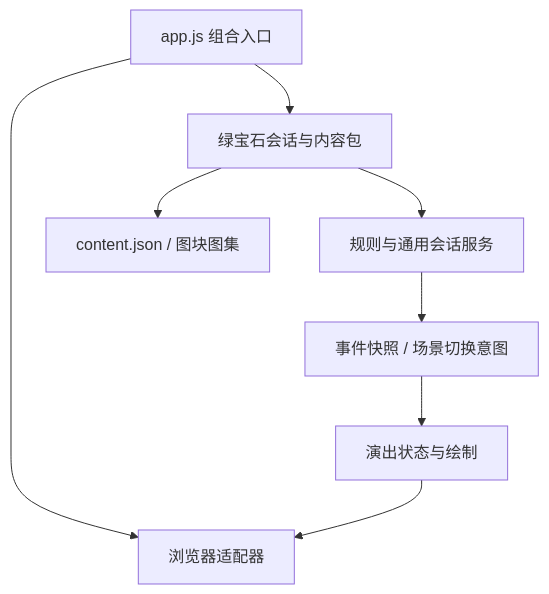
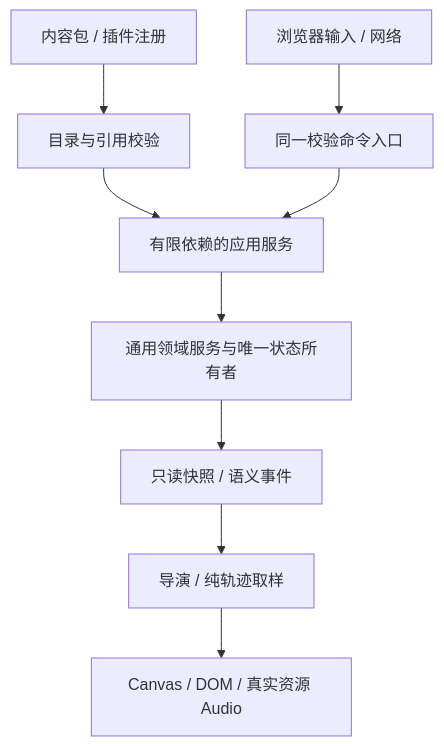
Before and after one commit to qiuwji/pokemon: the diagram in ARCHITECTURE.md, drawn with Mermaid. The commit also changed other lines of this file and 18 other files, not shown here.

````diff
--- a/ARCHITECTURE.md
+++ b/ARCHITECTURE.md
@@ -58,10 +45,11 @@
 ```mermaid
 flowchart TD
-  Entry[app.js 组合入口] --> Pack[绿宝石会话与内容包]
-  Entry --> Host[浏览器适配器]
-  Pack --> Engine[规则与通用会话服务]
-  Pack --> Content[content.json / 图块图集]
-  Engine --> Events[事件快照 / 场景切换意图]
-  Events --> Presentation[演出状态与绘制]
-  Presentation --> Host
+  Content[内容包 / 插件注册] --> Registry[目录与引用校验]
+  Host[浏览器输入 / 网络] --> Commands[同一校验命令入口]
+  Registry --> Applications[有限依赖的应用服务]
+  Commands --> Applications
+  Applications --> Domain[通用领域服务与唯一状态所有者]
+  Domain --> Events[只读快照 / 语义事件]
+  Events --> Directors[导演 / 纯轨迹取样]
+  Directors --> Adapters[Canvas / DOM / 真实资源 Audio]
 ```
````
